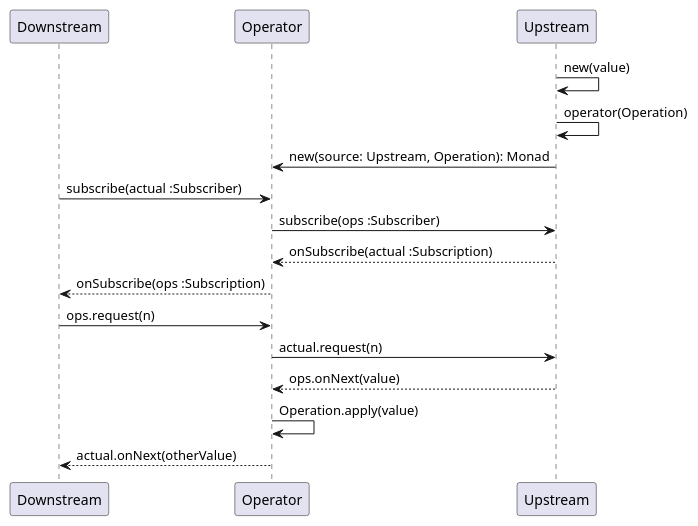
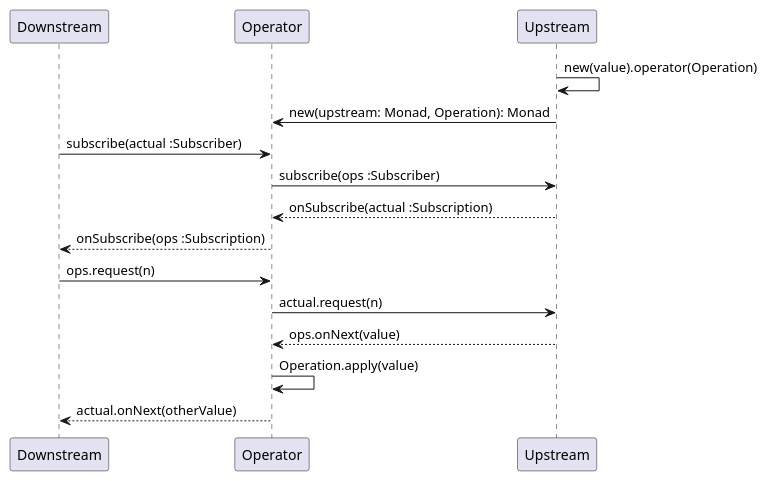
One commit to yanghoon/obsidian-workspace changed the second of 2 diagrams in _diary/2024-06-18.md. Above: the diagram before and after it, drawn with PlantUML.

Commit message:
vault backup: 2024-06-19 01:00:43

````diff
--- a/_diary/2024-06-18.md
+++ b/_diary/2024-06-18.md
@@ -41,24 +41,23 @@
 ```plantuml
 @startuml
 
 participant Downstream as Down
 participant Operator as Ops
 participant Upstream as Up
 
-Up -> Up: new(value)
-Up -> Up: operator(Operation)
-Up -> Ops: new(source: Upstream, Operation): Monad
+Up -> Up: new(value).operator(Operation)
+Up -> Ops: new(upstream: Monad, Operation): Monad
 
 Down -> Ops: subscribe(actual :Subscriber)
 Ops -> Up: subscribe(ops :Subscriber)
 Ops <-- Up: onSubscribe(actual :Subscription)
 Down <-- Ops: onSubscribe(ops :Subscription)
 
 Down -> Ops: ops.request(n)
 Ops -> Up: actual.request(n)
 Ops <-- Up: ops.onNext(value)
 Ops -> Ops: Operation.apply(value)
 Down <-- Ops: actual.onNext(otherValue)
 
 @enduml
 ```
````
